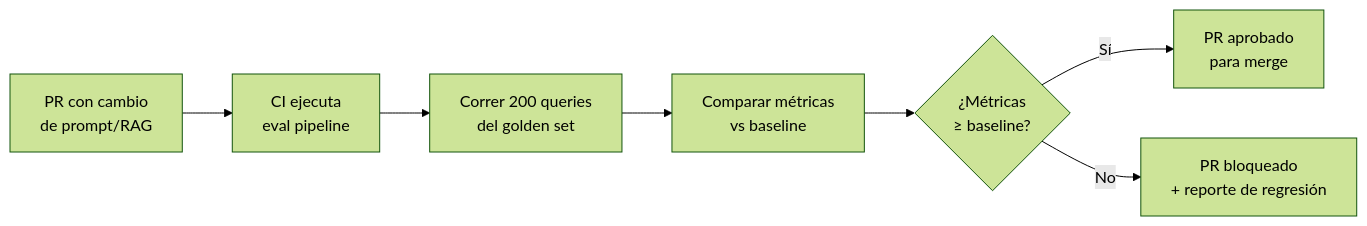
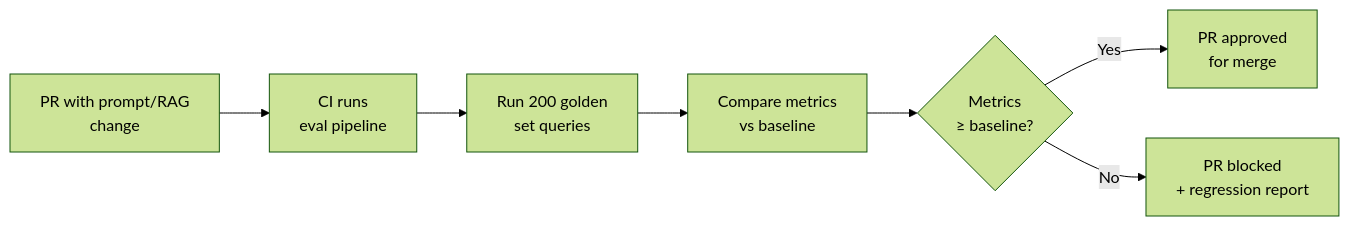
One commit to pablonux/legal-ai-ar changed the third of 3 diagrams in docs/technical/05-ai-quality-evaluation.md. Above: the diagram before and after it, drawn with Mermaid (forest theme). The commit also changed other lines of this file and 1 other file, not shown here.

````diff
--- a/docs/technical/05-ai-quality-evaluation.md
+++ b/docs/technical/05-ai-quality-evaluation.md
@@ -216,9 +220,9 @@
 ```mermaid
 flowchart LR
-    PR[PR con cambio<br/>de prompt/RAG] --> CI[CI ejecuta<br/>eval pipeline]
-    CI --> RUN[Correr 200 queries<br/>del golden set]
-    RUN --> CMP[Comparar métricas<br/>vs baseline]
-    CMP --> CHECK{¿Métricas<br/>≥ baseline?}
-    CHECK -->|Sí| PASS[PR aprobado<br/>para merge]
-    CHECK -->|No| FAIL[PR bloqueado<br/>+ reporte de regresión]
+    PR[PR with prompt/RAG<br/>change] --> CI[CI runs<br/>eval pipeline]
+    CI --> RUN[Run 200 golden<br/>set queries]
+    RUN --> CMP[Compare metrics<br/>vs baseline]
+    CMP --> CHECK{Metrics<br/>≥ baseline?}
+    CHECK -->|Yes| PASS[PR approved<br/>for merge]
+    CHECK -->|No| FAIL[PR blocked<br/>+ regression report]
 ```
````
